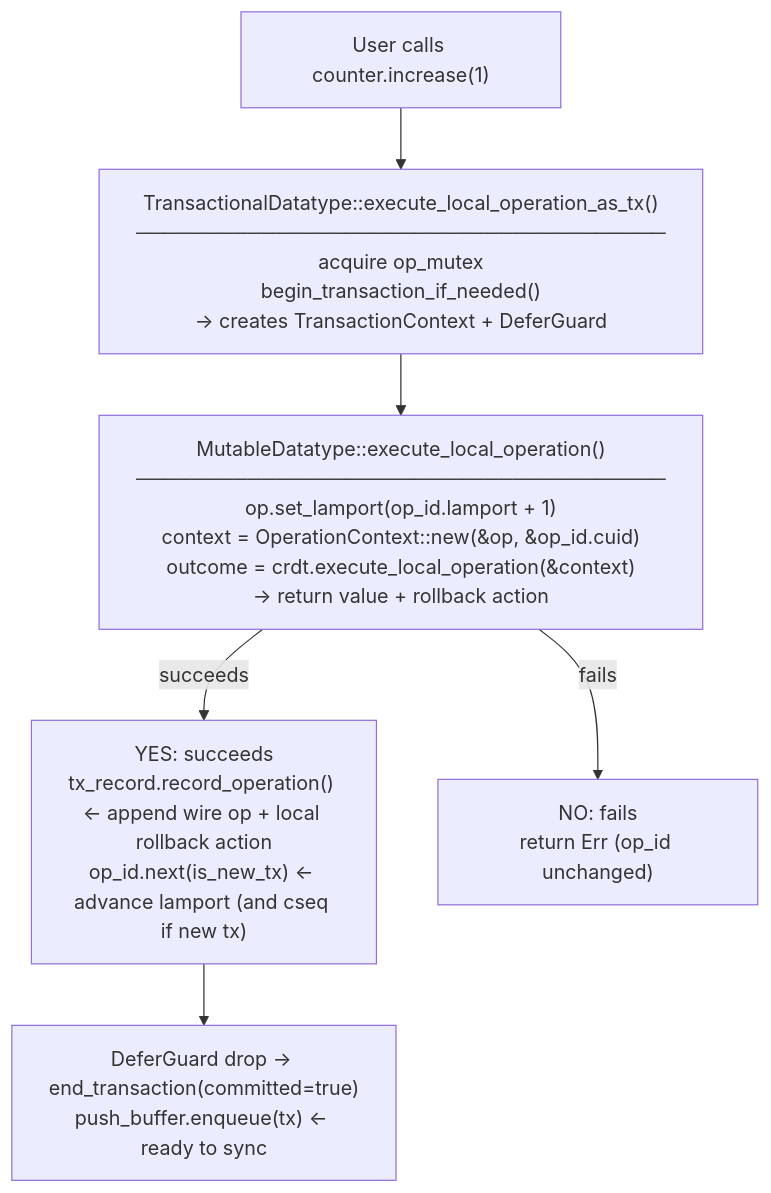
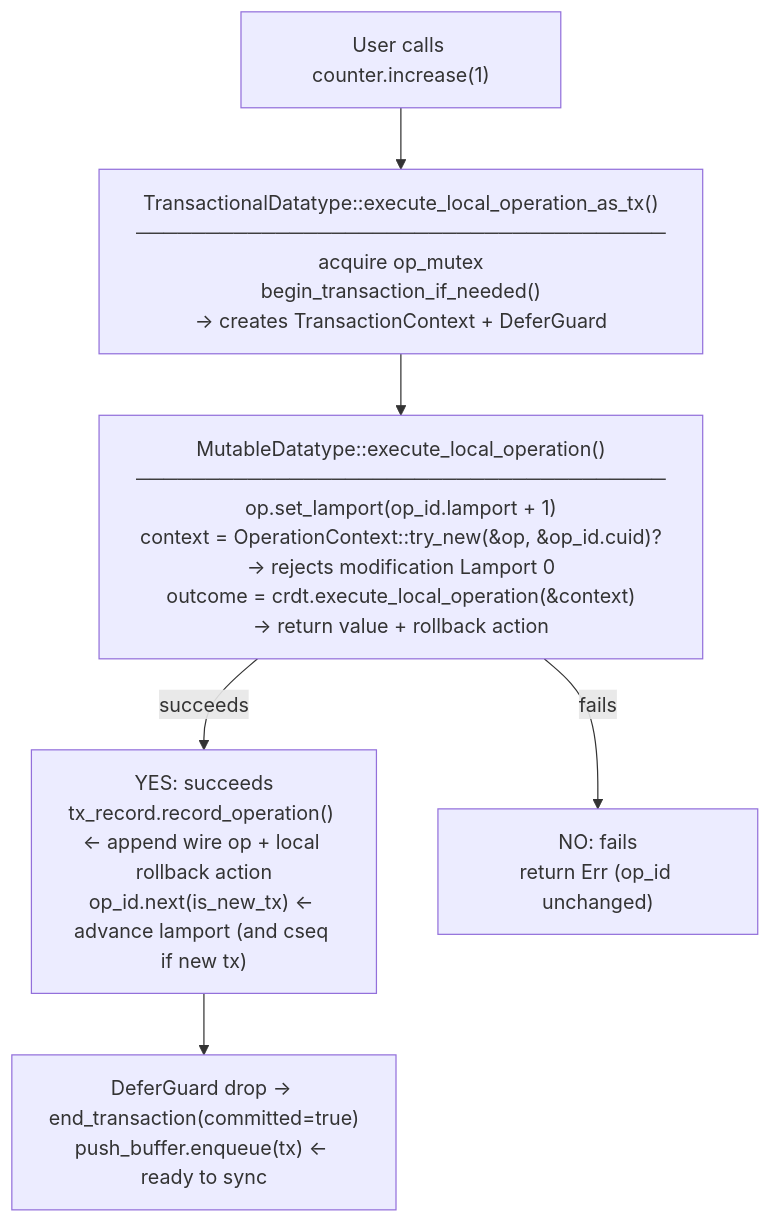
The third of 4 diagrams in docs/architecture.md (qortoo/qortoo-rs), drawn with Mermaid before and after one commit. The commit also changed other lines of this file and 14 other files, not shown here.

````diff
--- a/docs/architecture.md
+++ b/docs/architecture.md
@@ -67,13 +67,13 @@
 ```mermaid
 flowchart TD
     User["User calls counter.increase(1)"]
     TX["TransactionalDatatype::execute_local_operation_as_tx()\n──────────────────────────────────────\nacquire op_mutex\nbegin_transaction_if_needed()\n→ creates TransactionContext + DeferGuard"]
-    MU["MutableDatatype::execute_local_operation()\n──────────────────────────────────────\nop.set_lamport(op_id.lamport + 1)\ncontext = OperationContext::new(&op, &op_id.cuid)\noutcome = crdt.execute_local_operation(&context)\n→ return value + rollback action"]
+    MU["MutableDatatype::execute_local_operation()\n──────────────────────────────────────\nop.set_lamport(op_id.lamport + 1)\ncontext = OperationContext::try_new(&op, &op_id.cuid)?\n→ rejects modification Lamport 0\noutcome = crdt.execute_local_operation(&context)\n→ return value + rollback action"]
     Ok["YES: succeeds\ntx_record.record_operation() ← append wire op + local rollback action\nop_id.next(is_new_tx) ← advance lamport (and cseq if new tx)"]
     Err["NO: fails\nreturn Err (op_id unchanged)"]
     Defer["DeferGuard drop → end_transaction(committed=true)\npush_buffer.enqueue(tx) ← ready to sync"]
 
     User --> TX --> MU
     MU -->|"succeeds"| Ok --> Defer
     MU -->|"fails"| Err
 ```
````
